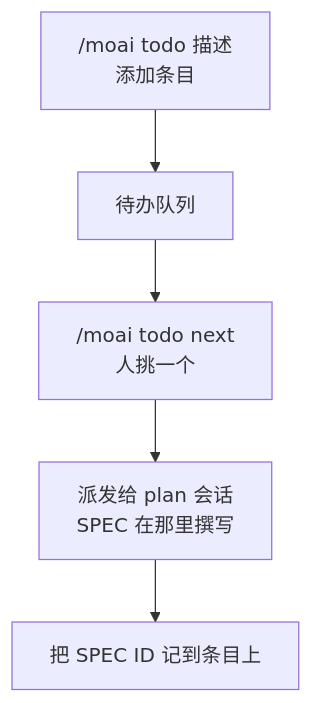
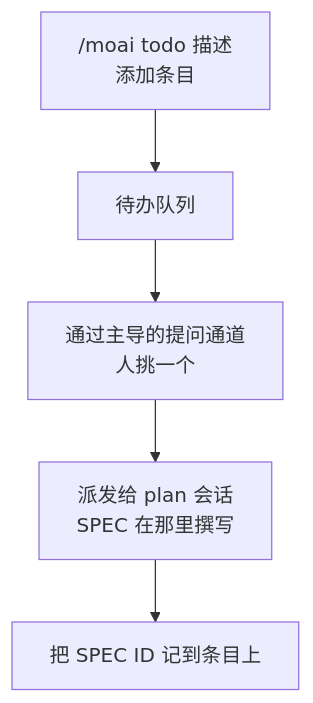
Before and after one commit to modu-ai/moai-adk: the diagram in docs-site/content/zh/utility-commands/moai-todo.md, drawn with Mermaid. The commit also changed other lines of this file and 8 other files, not shown here.

````diff
--- a/docs-site/content/zh/utility-commands/moai-todo.md
+++ b/docs-site/content/zh/utility-commands/moai-todo.md
@@ -27,7 +27,7 @@
 ```mermaid
 flowchart TD
     Add["/moai todo 描述<br/>添加条目"] --> Queue["待办队列"]
-    Queue --> Pick["/moai todo next<br/>人挑一个"]
+    Queue --> Pick["通过主导的提问通道<br/>人挑一个"]
     Pick --> Plan["派发给 plan 会话<br/>SPEC 在那里撰写"]
     Plan --> Spec["把 SPEC ID 记到条目上"]
 ```
````
